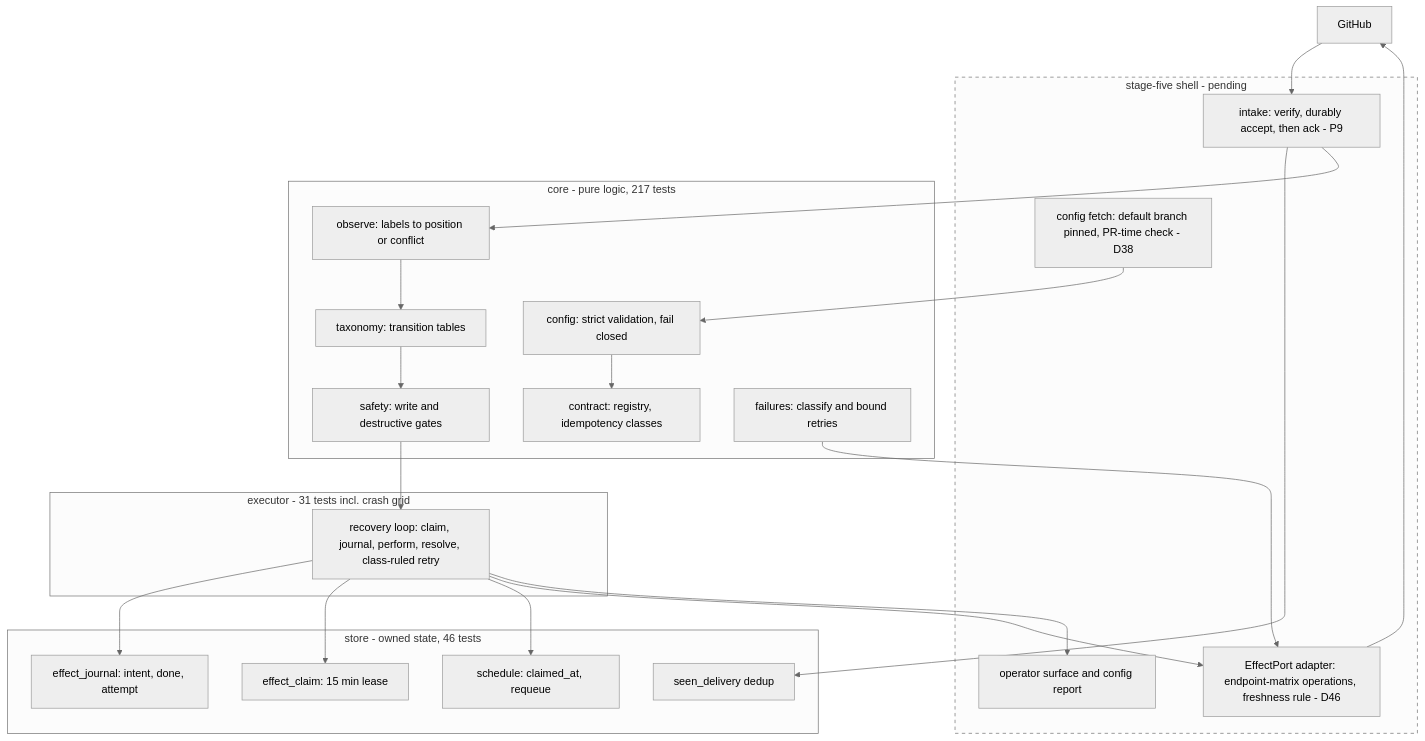
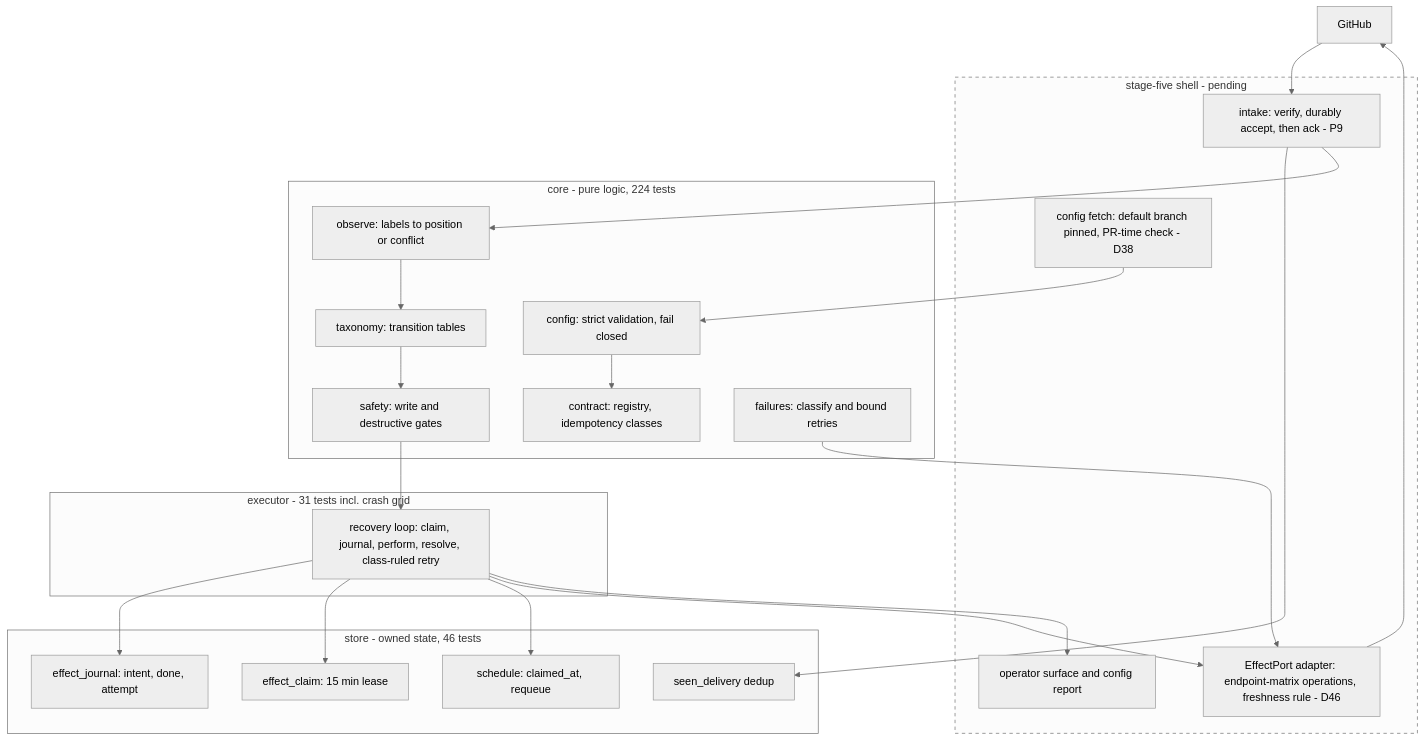
One commit to cheese-cakee/sdk-automations changed the second of 2 diagrams in design/architecture.md. Above: the diagram before and after it, drawn with Mermaid (neutral theme). The commit also changed 6 other files, not shown here.

````diff
--- a/design/architecture.md
+++ b/design/architecture.md
@@ -65,38 +65,38 @@
 ```mermaid
 flowchart TB
     GH["GitHub"]
     subgraph SHELL["stage-five shell - pending"]
         IN["intake: verify, durably accept, then ack - P9"]
         CFGF["config fetch: default branch pinned, PR-time check - D38"]
         PORT["EffectPort adapter: endpoint-matrix operations, freshness rule - D46"]
         OPS["operator surface and config report"]
     end
-    subgraph CORE["core - pure logic, 217 tests"]
+    subgraph CORE["core - pure logic, 224 tests"]
         CFG["config: strict validation, fail closed"]
         REG["contract: registry, idempotency classes"]
         OBS["observe: labels to position or conflict"]
         TX["taxonomy: transition tables"]
         SAFE["safety: write and destructive gates"]
         FAILC["failures: classify and bound retries"]
     end
     subgraph STORE["store - owned state, 46 tests"]
         SEEN["seen_delivery dedup"]
         JRN["effect_journal: intent, done, attempt"]
         CLM["effect_claim: 15 min lease"]
         SCH["schedule: claimed_at, requeue"]
     end
     subgraph EXECP["executor - 31 tests incl. crash grid"]
         LOOP["recovery loop: claim, journal, perform, resolve, class-ruled retry"]
     end
     GH --> IN --> SEEN
     IN --> OBS
     CFGF --> CFG --> REG
     OBS --> TX --> SAFE --> LOOP
     LOOP --> JRN
     LOOP --> CLM
     LOOP --> SCH
     LOOP --> PORT --> GH
     FAILC --> PORT
     LOOP --> OPS
     style SHELL stroke-dasharray: 5 5
 ```
````
